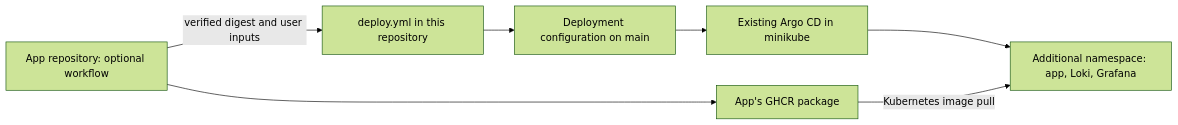
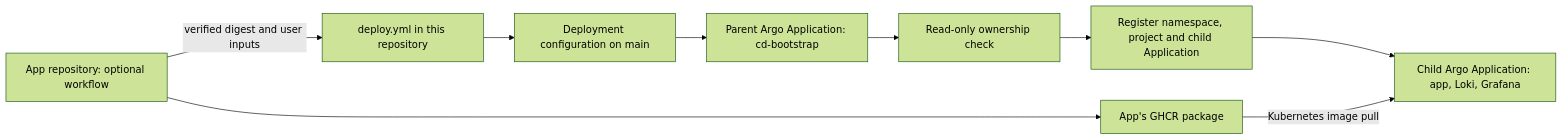
The diagram in README.md (islandawolfe-02/ARGO-CD-GitOPS-Deployments), drawn with Mermaid (forest theme) before and after one commit. The commit also changed other lines of this file and 10 other files, not shown here.

Commit message:
Automate Argo application registration

````diff
--- a/README.md
+++ b/README.md
@@ -12,9 +13,11 @@
 ```mermaid
 flowchart LR
   App[App repository: optional workflow] --> GHCR[App's GHCR package]
   App -->|verified digest and user inputs| Receiver[deploy.yml in this repository]
   Receiver --> Git[Deployment configuration on main]
-  Git --> Argo[Existing Argo CD in minikube]
-  Argo --> Namespace[Additional namespace: app, Loki, Grafana]
+  Git --> Parent[Parent Argo Application: cd-bootstrap]
+  Parent --> Guard[Read-only ownership check]
+  Guard --> Child[Register namespace, project and child Application]
+  Child --> Namespace[Child Argo Application: app, Loki, Grafana]
   GHCR -->|Kubernetes image pull| Namespace
 ```
````
